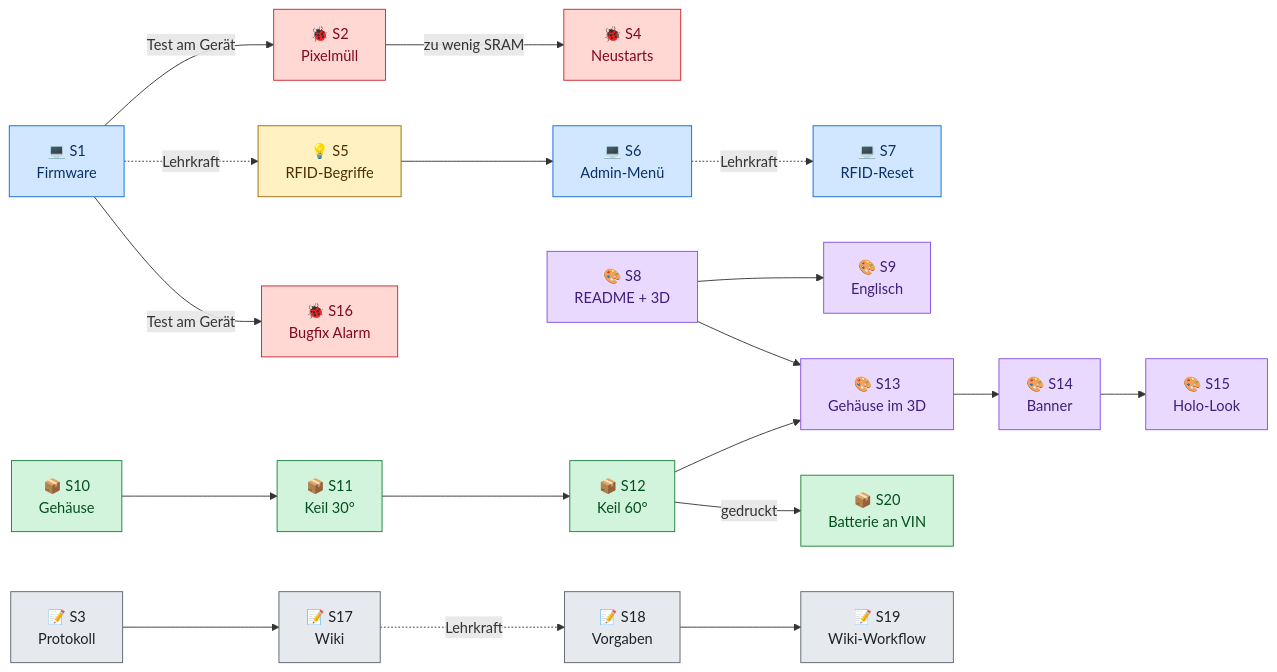
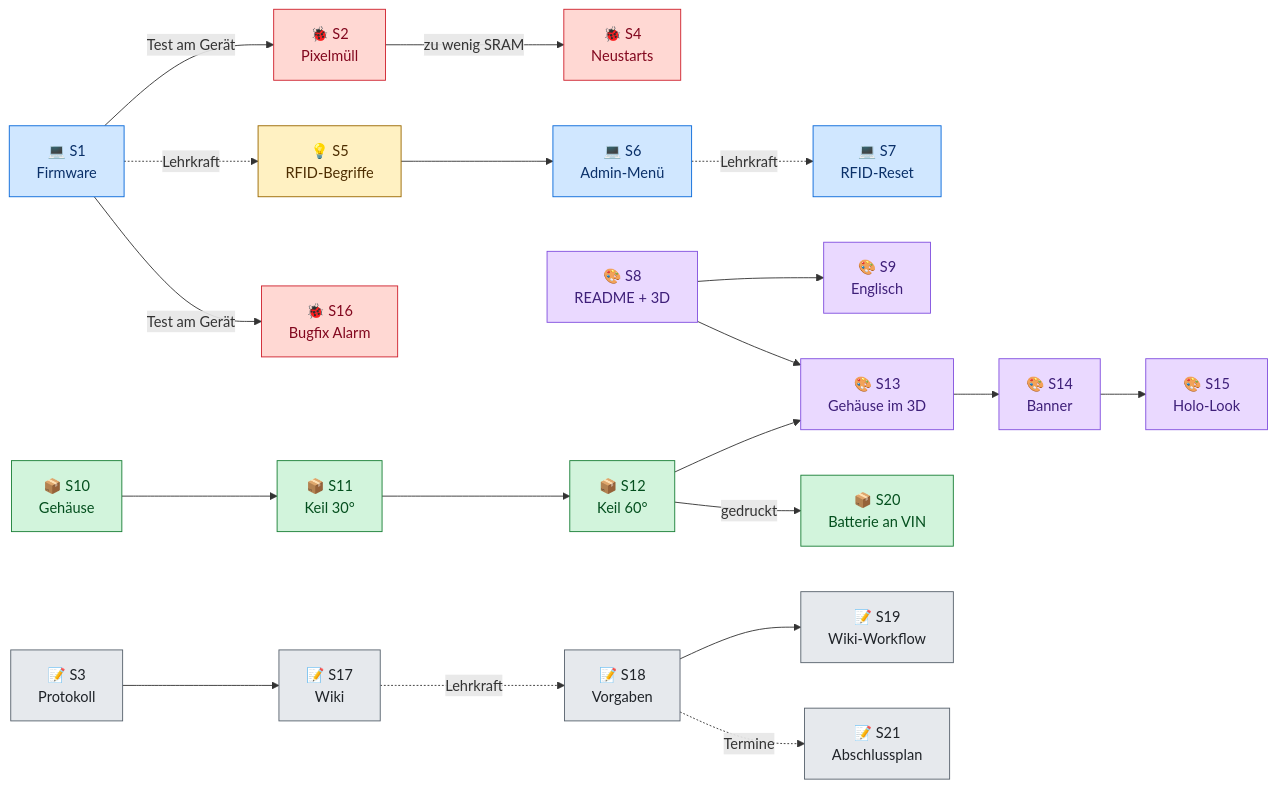
One commit to BBZ-AIFS51/LF7-Projekt_GAS changed the second of 3 diagrams in wiki/Entwicklungsverlauf.md. Above: the diagram before and after it, drawn with Mermaid. The commit also changed other lines of this file and 4 other files, not shown here.

````diff
--- a/wiki/Entwicklungsverlauf.md
+++ b/wiki/Entwicklungsverlauf.md
@@ -60,49 +62,51 @@
 ```mermaid
 flowchart LR
     P1["💻 S1<br/>Firmware"]
     P2["🐞 S2<br/>Pixelmüll"]
     P3["📝 S3<br/>Protokoll"]
     P4["🐞 S4<br/>Neustarts"]
     P5["💡 S5<br/>RFID-Begriffe"]
     P6["💻 S6<br/>Admin-Menü"]
     P7["💻 S7<br/>RFID-Reset"]
     P8["🎨 S8<br/>README + 3D"]
     P9["🎨 S9<br/>Englisch"]
     P10["📦 S10<br/>Gehäuse"]
     P11["📦 S11<br/>Keil 30°"]
     P12["📦 S12<br/>Keil 60°"]
     P13["🎨 S13<br/>Gehäuse im 3D"]
     P14["🎨 S14<br/>Banner"]
     P15["🎨 S15<br/>Holo-Look"]
     P16["🐞 S16<br/>Bugfix Alarm"]
     P17["📝 S17<br/>Wiki"]
     P18["📝 S18<br/>Vorgaben"]
     P19["📝 S19<br/>Wiki-Workflow"]
     P20["📦 S20<br/>Batterie an VIN"]
+    P21["📝 S21<br/>Abschlussplan"]
 
     P1 -- "Test am Gerät" --> P2 -- "zu wenig SRAM" --> P4
     P1 -. "Lehrkraft" .-> P5 --> P6
     P6 -. "Lehrkraft" .-> P7
     P1 -- "Test am Gerät" --> P16
     P8 --> P9
     P8 --> P13
     P10 --> P11 --> P12 --> P13
     P12 -- "gedruckt" --> P20
     P13 --> P14 --> P15
     P3 --> P17
     P17 -. "Lehrkraft" .-> P18
     P18 --> P19
+    P18 -. "Termine" .-> P21
 
     classDef fw fill:#d0e7ff,stroke:#0969da,color:#0a3069
     classDef bug fill:#ffd8d3,stroke:#cf222e,color:#82071e
     classDef info fill:#fff1c2,stroke:#9a6700,color:#4d2d00
     classDef vis fill:#ead9ff,stroke:#8250df,color:#3e1f79
     classDef box fill:#d2f4dc,stroke:#1a7f37,color:#044f1e
     classDef doc fill:#e6e9ed,stroke:#59636e,color:#1f2328
     class P1,P6,P7 fw
     class P2,P4,P16 bug
     class P5 info
     class P8,P9,P13,P14,P15 vis
     class P10,P11,P12,P20 box
-    class P3,P17,P18,P19 doc
+    class P3,P17,P18,P19,P21 doc
 ```
````
